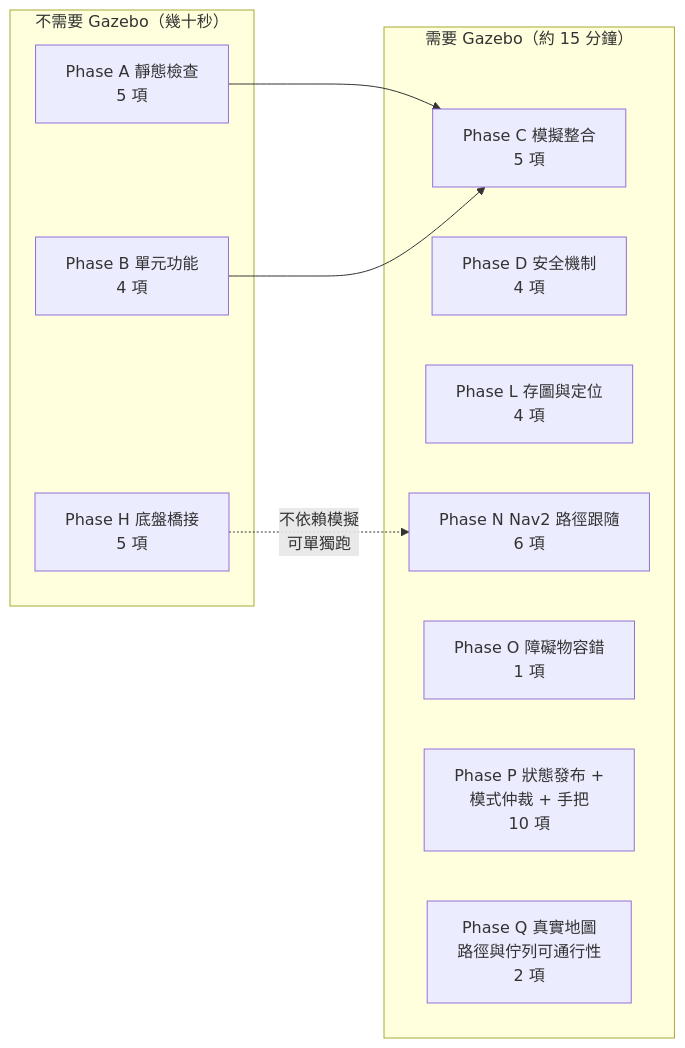
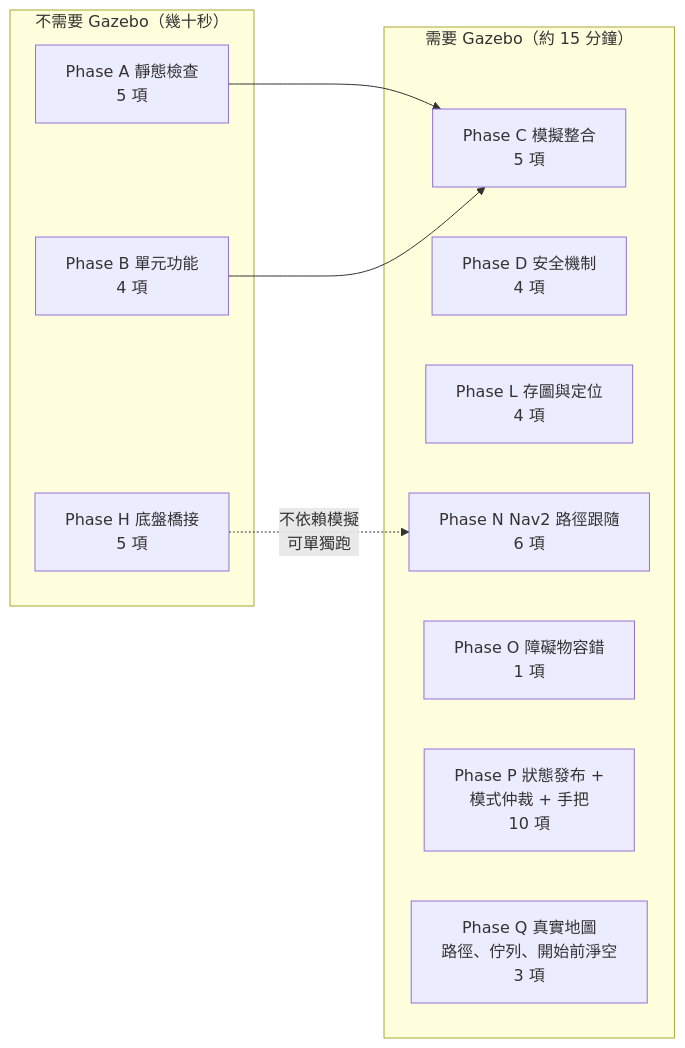
One commit to a04151997/mowerbot changed the sixth of 7 diagrams in docs/architecture.md. Above: the diagram before and after it, drawn with Mermaid. The commit also changed other lines of this file and 7 other files, not shown here.

````diff
--- a/docs/architecture.md
+++ b/docs/architecture.md
@@ -194,20 +194,20 @@
 ```mermaid
 graph LR
     subgraph 不需要模擬器["不需要 Gazebo（幾十秒）"]
         A["Phase A 靜態檢查<br/>5 項"]
         B["Phase B 單元功能<br/>4 項"]
         H["Phase H 底盤橋接<br/>5 項"]
     end
     subgraph 需要模擬器["需要 Gazebo（約 15 分鐘）"]
         C["Phase C 模擬整合<br/>5 項"]
         D["Phase D 安全機制<br/>4 項"]
         L["Phase L 存圖與定位<br/>4 項"]
         N["Phase N Nav2 路徑跟隨<br/>6 項"]
         O["Phase O 障礙物容錯<br/>1 項"]
         P["Phase P 狀態發布 +<br/>模式仲裁 + 手把<br/>10 項"]
-        Q["Phase Q 真實地圖<br/>路徑與佇列可通行性<br/>2 項"]
+        Q["Phase Q 真實地圖<br/>路徑、佇列、開始前淨空<br/>3 項"]
     end
     A --> C
     B --> C
     H -.->|"不依賴模擬<br/>可單獨跑"| N
 ```
````
